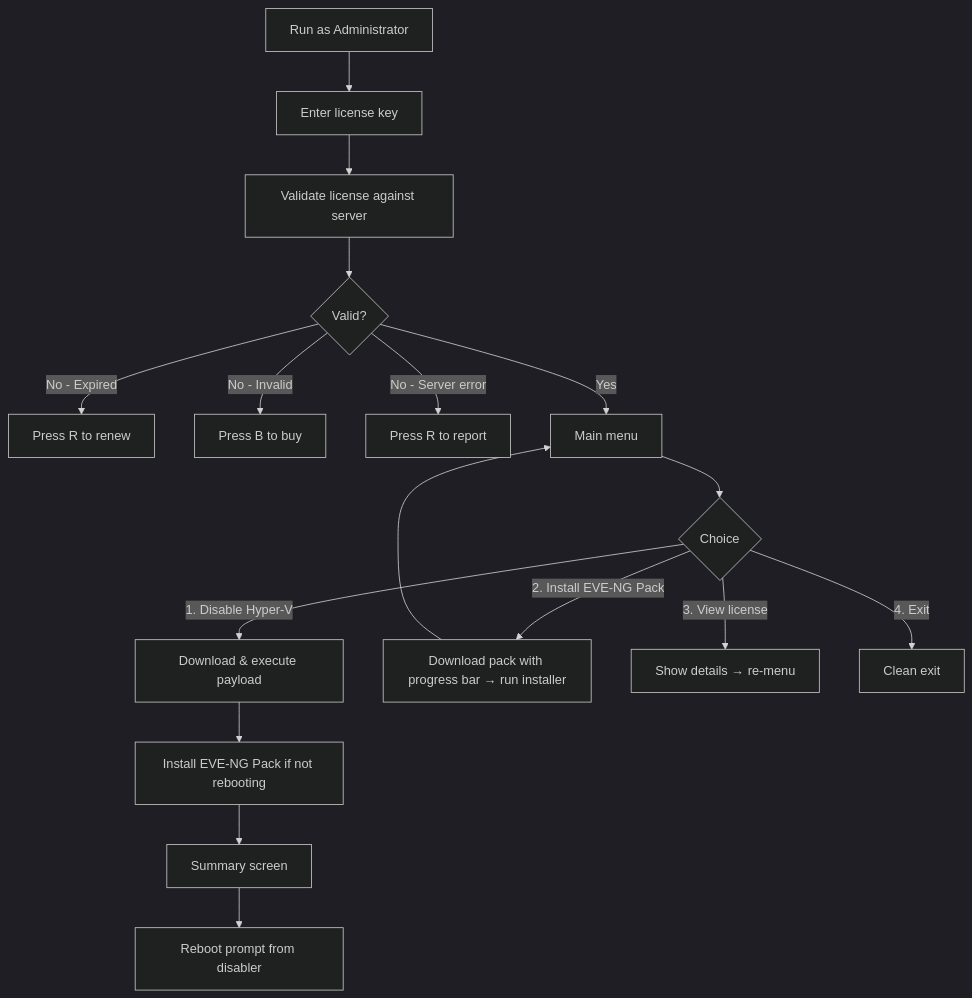
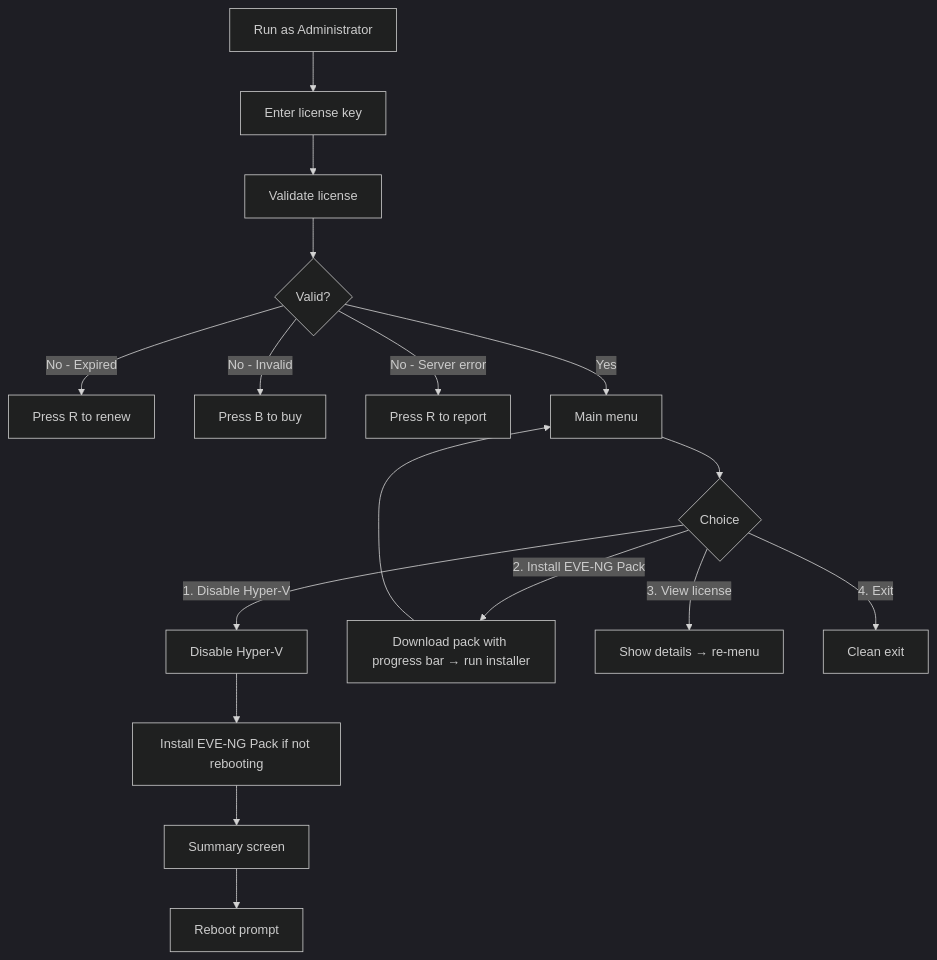
The diagram in README.md (VigneshVijayK/Disable-HyperV-EVE-NG), drawn with Mermaid (dark theme) before and after one commit. The commit also changed other lines of this file and 1 other file, not shown here.

````diff
--- a/README.md
+++ b/README.md
@@ -37,19 +37,19 @@
 ```mermaid
 flowchart TD
     A[Run as Administrator] --> B[Enter license key]
-    B --> C[Validate license against server]
+    B --> C[Validate license]
     C --> D{Valid?}
     D -->|No - Expired| E[Press R to renew]
     D -->|No - Invalid| F[Press B to buy]
     D -->|No - Server error| G[Press R to report]
     D -->|Yes| H[Main menu]
     H --> I{Choice}
-    I -->|1. Disable Hyper-V| J[Download & execute payload]
+    I -->|1. Disable Hyper-V| J[Disable Hyper-V]
     I -->|2. Install EVE-NG Pack| P[Download pack with progress bar → run installer]
     I -->|3. View license| K[Show details → re-menu]
     I -->|4. Exit| L[Clean exit]
     J --> M[Install EVE-NG Pack if not rebooting]
     M --> N[Summary screen]
     P --> H
-    N --> O[Reboot prompt from disabler]
+    N --> O[Reboot prompt]
 ```
````
